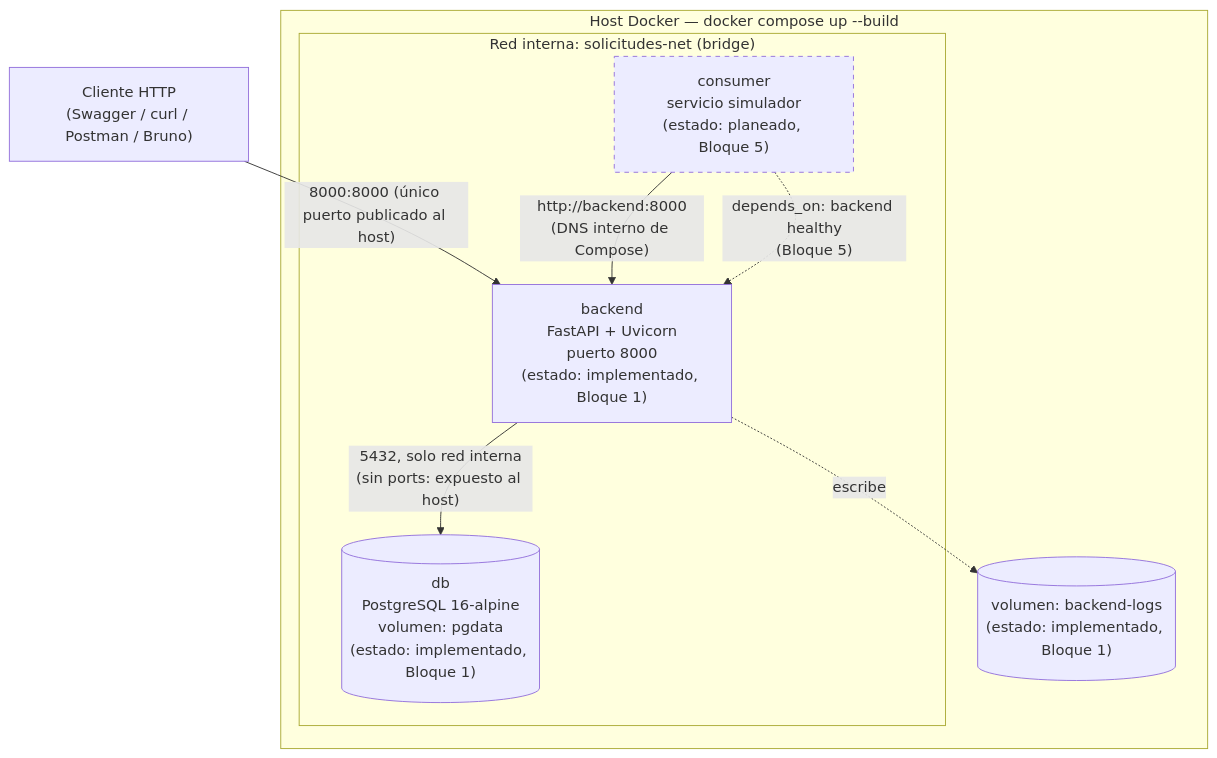
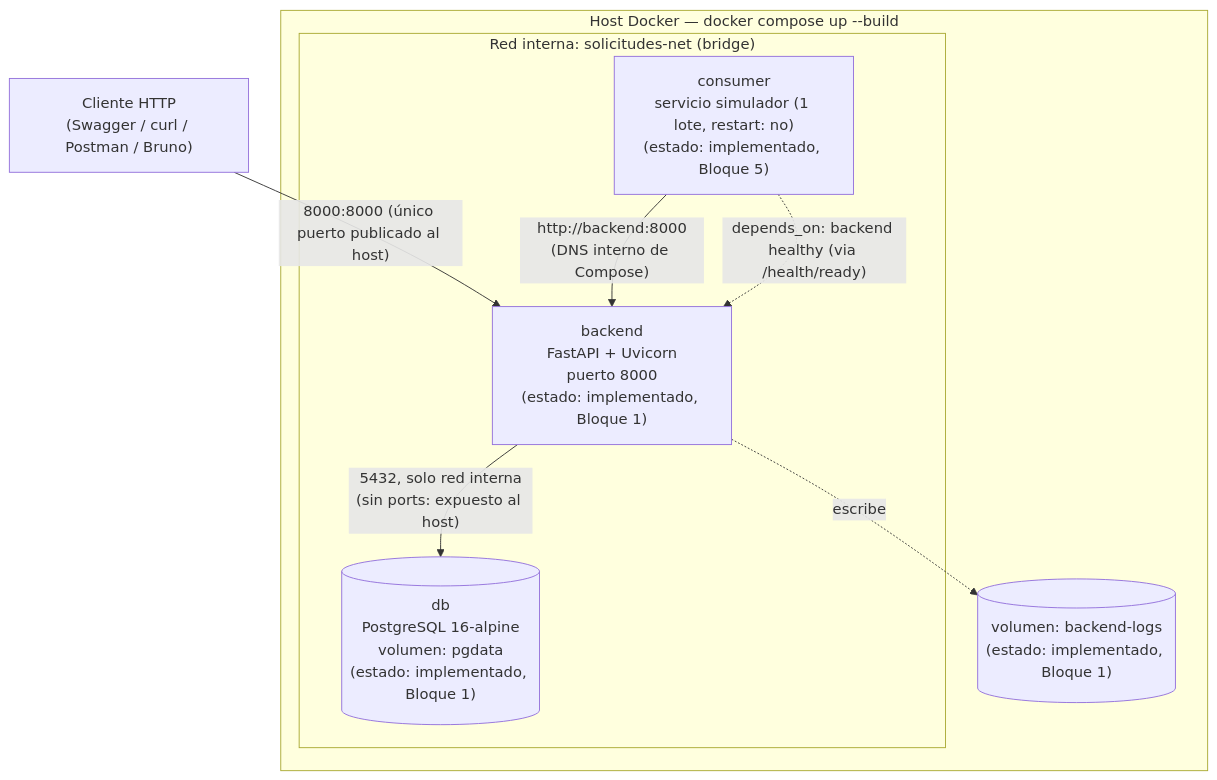
Before and after one commit to ricardomb-tech/solicitudes-backend-api: the second of 6 diagrams in docs/ARQUITECTURA.md, drawn with Mermaid. The commit also changed other lines of this file and 4 other files, not shown here.

````diff
--- a/docs/ARQUITECTURA.md
+++ b/docs/ARQUITECTURA.md
@@ -34,21 +34,19 @@
 ```mermaid
 flowchart TB
     subgraph host["Host Docker — docker compose up --build"]
         subgraph net["Red interna: solicitudes-net (bridge)"]
             backend["backend\nFastAPI + Uvicorn\npuerto 8000\n(estado: implementado, Bloque 1)"]
             db[("db\nPostgreSQL 16-alpine\nvolumen: pgdata\n(estado: implementado, Bloque 1)")]
-            consumer["consumer\nservicio simulador\n(estado: planeado, Bloque 5)"]
+            consumer["consumer\nservicio simulador (1 lote, restart: no)\n(estado: implementado, Bloque 5)"]
         end
         logs[("volumen: backend-logs\n(estado: implementado, Bloque 1)")]
     end
 
     cliente["Cliente HTTP\n(Swagger / curl / Postman / Bruno)"]
 
     cliente -- "8000:8000 (único puerto publicado al host)" --> backend
     backend -- "5432, solo red interna\n(sin ports: expuesto al host)" --> db
     backend -. escribe .-> logs
     consumer -- "http://backend:8000\n(DNS interno de Compose)" --> backend
-    consumer -. "depends_on: backend healthy\n(Bloque 5)" .-> backend
-
-    style consumer stroke-dasharray: 5 5
+    consumer -. "depends_on: backend healthy (via /health/ready)" .-> backend
 ```
````
